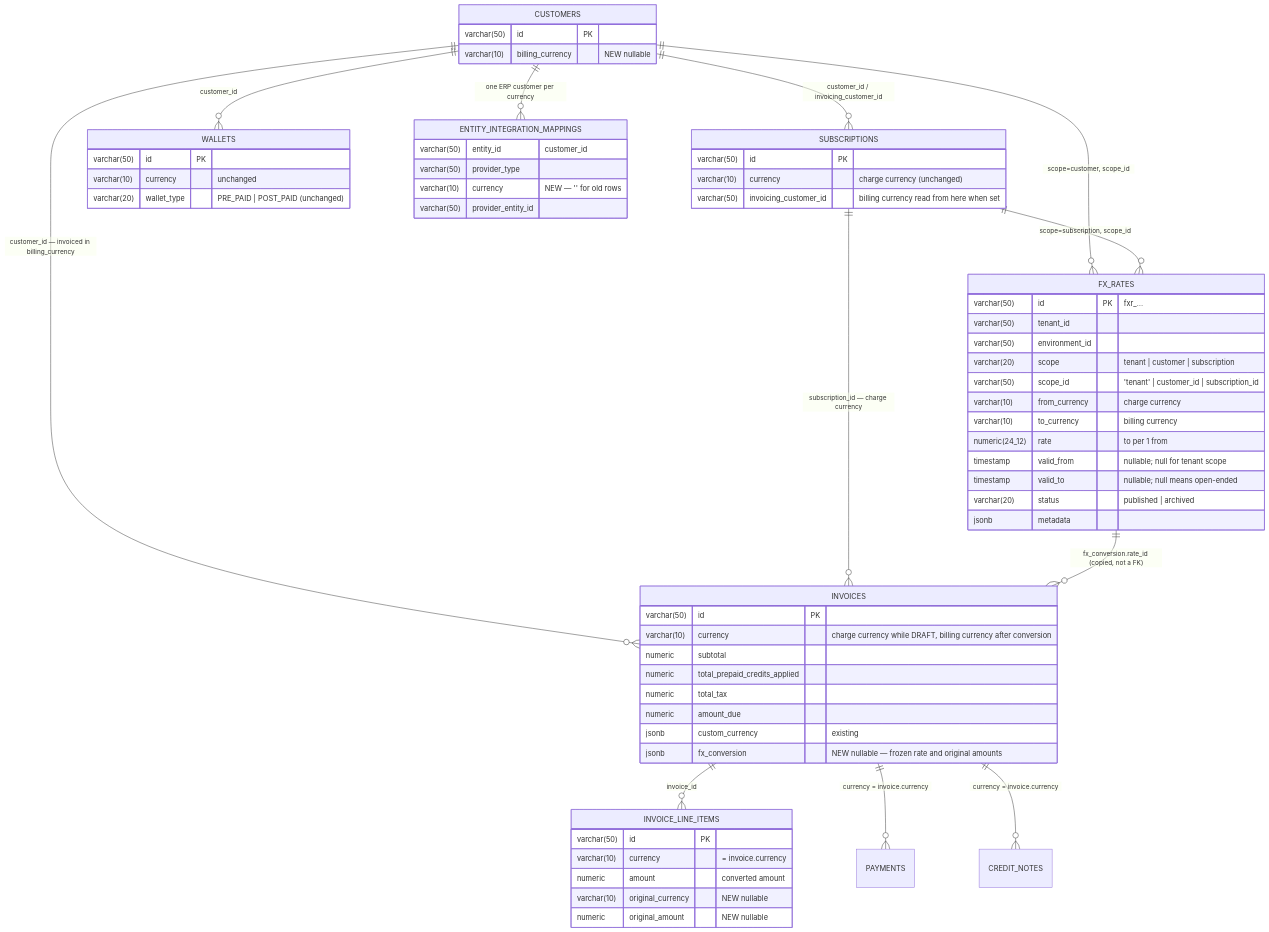
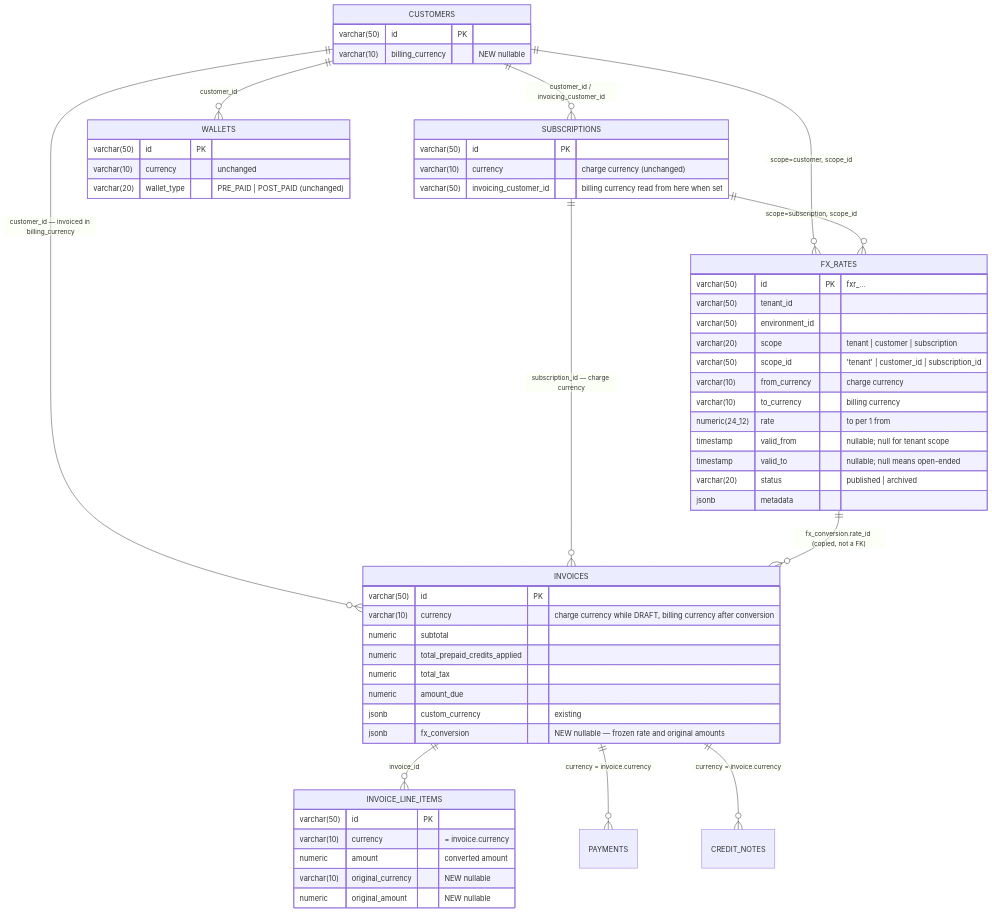
The second of 6 diagrams in docs/design/2026-09-26-FLE-1383-adaptive-multi-currency-erd.md (aghijap/flexprice-FLE-1411), drawn with Mermaid before and after one commit. The commit also changed other lines of this file, not shown here.

First line of the commit message:
docs(FLE-1383): drop the integration section

````diff
--- a/docs/design/2026-09-26-FLE-1383-adaptive-multi-currency-erd.md
+++ b/docs/design/2026-09-26-FLE-1383-adaptive-multi-currency-erd.md
@@ -117,66 +120,59 @@
 ```mermaid
 erDiagram
     CUSTOMERS      ||--o{ SUBSCRIPTIONS : "customer_id / invoicing_customer_id"
     CUSTOMERS      ||--o{ INVOICES      : "customer_id — invoiced in billing_currency"
     CUSTOMERS      ||--o{ WALLETS       : "customer_id"
     CUSTOMERS      ||--o{ FX_RATES      : "scope=customer, scope_id"
     SUBSCRIPTIONS  ||--o{ FX_RATES      : "scope=subscription, scope_id"
     SUBSCRIPTIONS  ||--o{ INVOICES      : "subscription_id — charge currency"
     FX_RATES       ||--o{ INVOICES      : "fx_conversion.rate_id (copied, not a FK)"
     INVOICES       ||--o{ INVOICE_LINE_ITEMS : "invoice_id"
     INVOICES       ||--o{ PAYMENTS      : "currency = invoice.currency"
     INVOICES       ||--o{ CREDIT_NOTES  : "currency = invoice.currency"
-    CUSTOMERS      ||--o{ ENTITY_INTEGRATION_MAPPINGS : "one ERP customer per currency"
 
     CUSTOMERS {
         varchar(50)  id PK
         varchar(10)  billing_currency "NEW nullable"
     }
     FX_RATES {
         varchar(50)    id PK "fxr_…"
         varchar(50)    tenant_id
         varchar(50)    environment_id
         varchar(20)    scope "tenant | customer | subscription"
         varchar(50)    scope_id "'tenant' | customer_id | subscription_id"
         varchar(10)    from_currency "charge currency"
         varchar(10)    to_currency "billing currency"
         numeric(24_12) rate "to per 1 from"
         timestamp      valid_from "nullable; null for tenant scope"
         timestamp      valid_to "nullable; null means open-ended"
         varchar(20)    status "published | archived"
         jsonb          metadata
     }
     SUBSCRIPTIONS {
         varchar(50)  id PK
         varchar(10)  currency "charge currency (unchanged)"
         varchar(50)  invoicing_customer_id "billing currency read from here when set"
     }
     INVOICES {
         varchar(50)  id PK
         varchar(10)  currency "charge currency while DRAFT, billing currency after conversion"
         numeric      subtotal
         numeric      total_prepaid_credits_applied
         numeric      total_tax
         numeric      amount_due
         jsonb        custom_currency "existing"
         jsonb        fx_conversion "NEW nullable — frozen rate and original amounts"
     }
     INVOICE_LINE_ITEMS {
         varchar(50)  id PK
         varchar(10)  currency "= invoice.currency"
         numeric      amount "converted amount"
         varchar(10)  original_currency "NEW nullable"
         numeric      original_amount "NEW nullable"
     }
     WALLETS {
         varchar(50)  id PK
         varchar(10)  currency "unchanged"
         varchar(20)  wallet_type "PRE_PAID | POST_PAID (unchanged)"
     }
-    ENTITY_INTEGRATION_MAPPINGS {
-        varchar(50)  entity_id "customer_id"
-        varchar(50)  provider_type
-        varchar(10)  currency "NEW — '' for old rows"
-        varchar(50)  provider_entity_id
-    }
 ```
````
